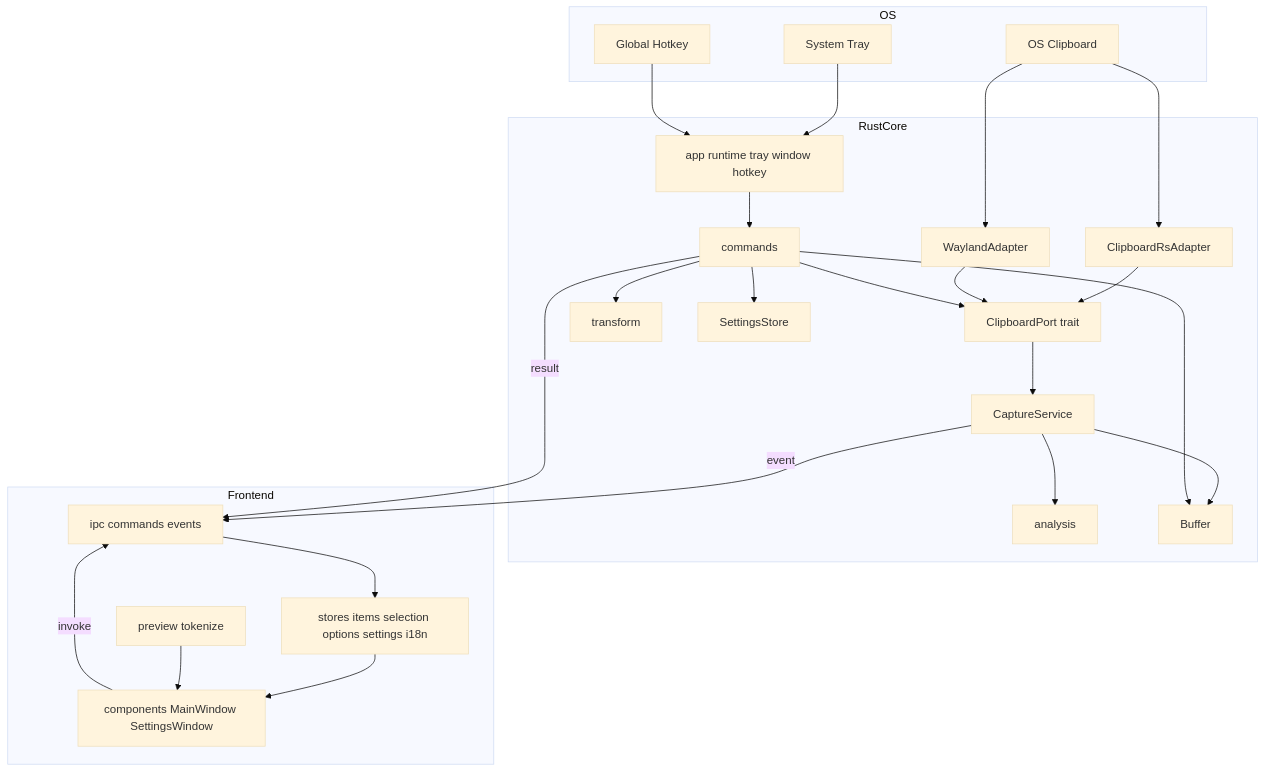
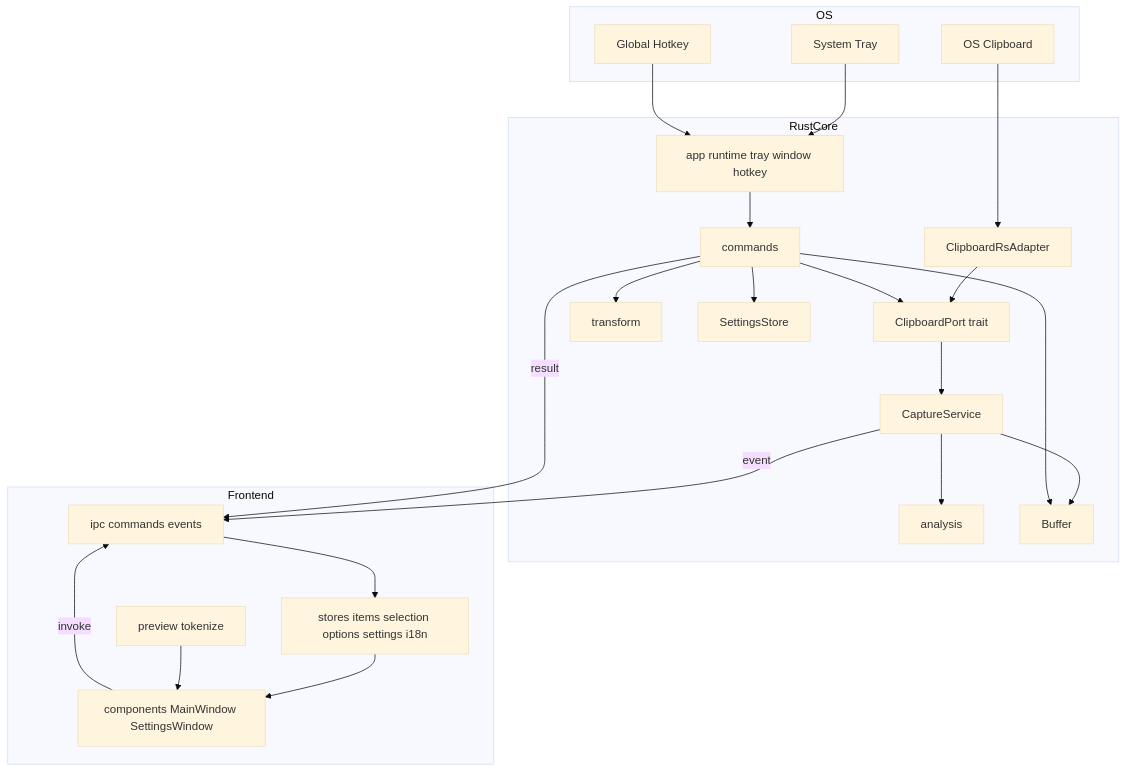
Before and after one commit to YasuhiroInagawa/clipbuf: the first of 4 diagrams in .kiro/specs/clipbuf-mvp/design.md, drawn with Mermaid (base theme). The commit also changed other lines of this file and 4 other files, not shown here.

Commit message:
spec(clipbuf-mvp): handle Wayland via clipboard-rs wayland feature instead of a custom adapter

````diff
--- a/.kiro/specs/clipbuf-mvp/design.md
+++ b/.kiro/specs/clipbuf-mvp/design.md
@@ -69,46 +69,43 @@
 ```mermaid
 graph TB
     subgraph OS
         Clip[OS Clipboard]
         Tray[System Tray]
         Hotkey[Global Hotkey]
     end
     subgraph RustCore
         Port[ClipboardPort trait]
         AdapterRs[ClipboardRsAdapter]
-        AdapterWl[WaylandAdapter]
         Capture[CaptureService]
         Analysis[analysis]
         Transform[transform]
         Buffer[Buffer]
         Settings[SettingsStore]
         Commands[commands]
         Runtime[app runtime tray window hotkey]
     end
     subgraph Frontend
         IPC[ipc commands events]
         Stores[stores items selection options settings i18n]
         Preview[preview tokenize]
         UI[components MainWindow SettingsWindow]
     end
     Clip --> AdapterRs
-    Clip --> AdapterWl
     AdapterRs --> Port
-    AdapterWl --> Port
     Port --> Capture
     Capture --> Analysis
     Capture --> Buffer
     Commands --> Transform
     Commands --> Buffer
     Commands --> Port
     Commands --> Settings
     Runtime --> Commands
     Tray --> Runtime
     Hotkey --> Runtime
     Capture -- event --> IPC
     Commands -- result --> IPC
     IPC --> Stores
     Stores --> UI
     Preview --> UI
     UI -- invoke --> IPC
 ```
````
